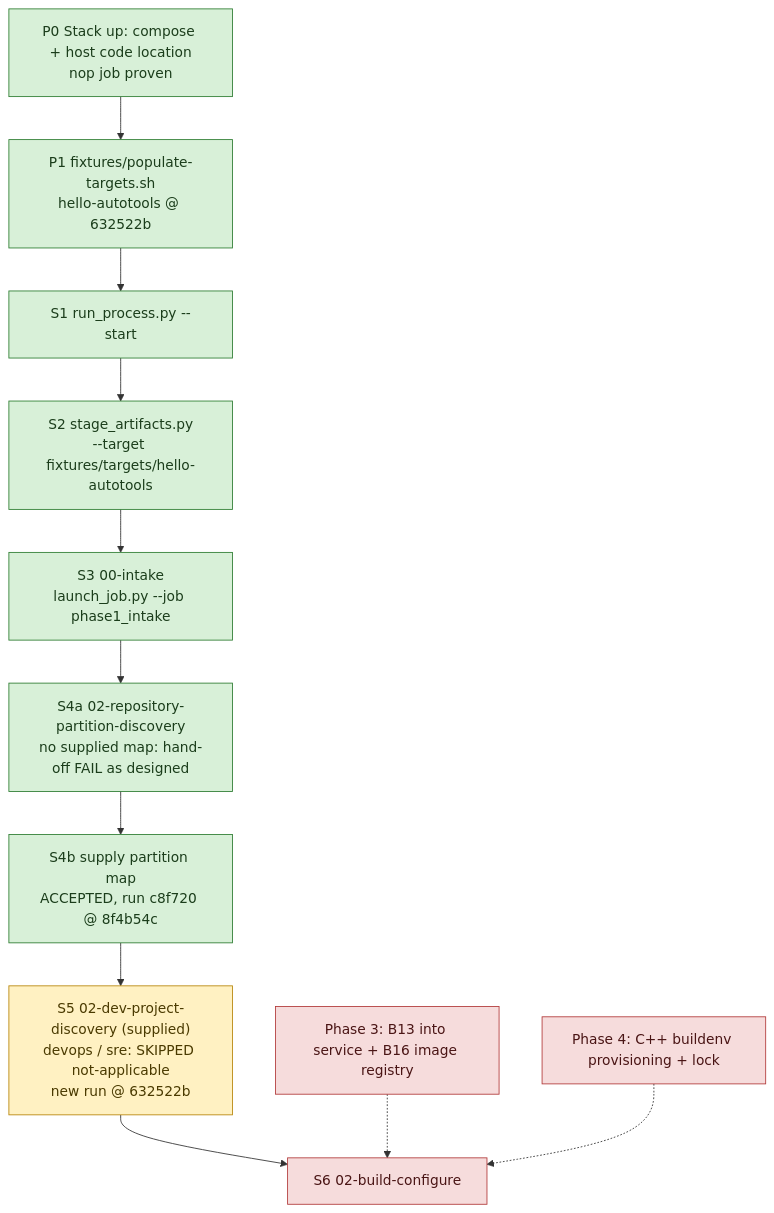
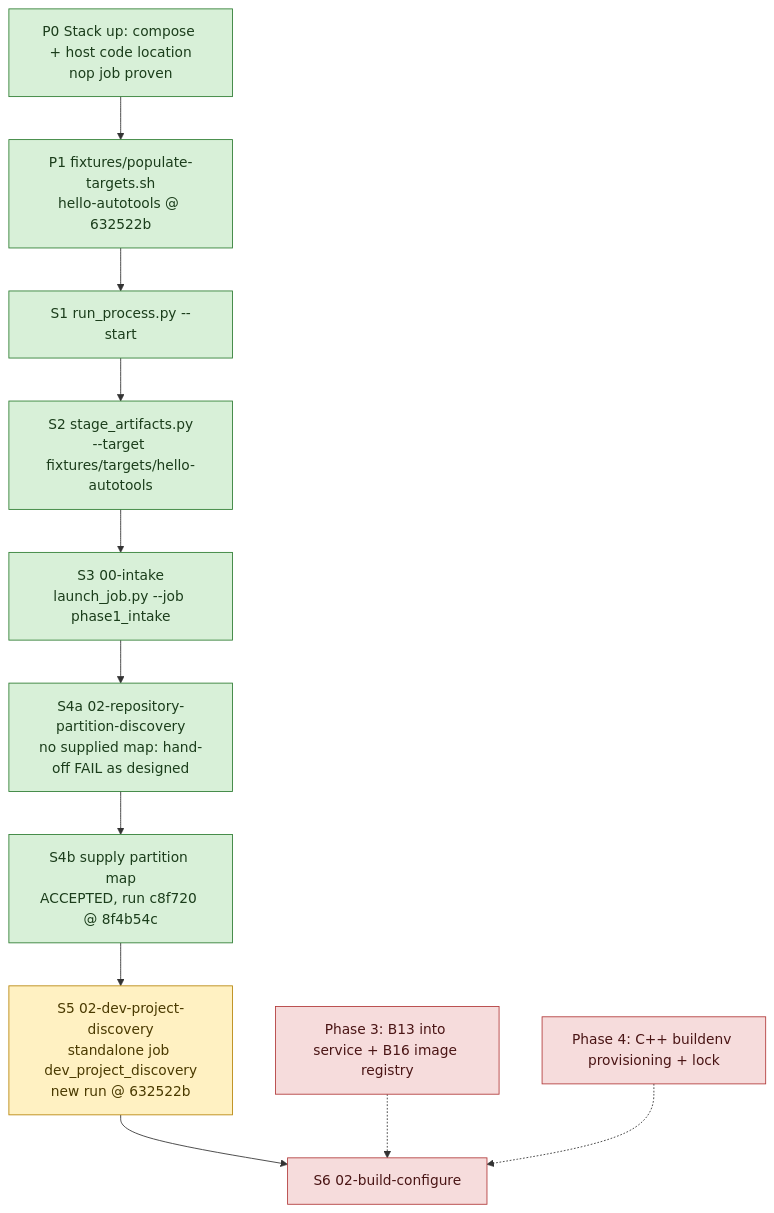
Before and after one commit to wsollers/appsec-review: the diagram in docs/processes/flow-bringup.md, drawn with Mermaid. The commit also changed other lines of this file and 8 other files, not shown here.

````diff
--- a/docs/processes/flow-bringup.md
+++ b/docs/processes/flow-bringup.md
@@ -12,23 +12,23 @@
 ```mermaid
 flowchart TD
   P0["P0 Stack up: compose + host code location<br/>nop job proven"]:::done
   P1["P1 fixtures/populate-targets.sh<br/>hello-autotools @ 632522b"]:::done
   S1["S1 run_process.py --start"]:::done
   S2["S2 stage_artifacts.py<br/>--target fixtures/targets/hello-autotools"]:::done
   S3["S3 00-intake<br/>launch_job.py --job phase1_intake"]:::done
   S4a["S4a 02-repository-partition-discovery<br/>no supplied map: hand-off FAIL as designed"]:::done
   S4b["S4b supply partition map<br/>ACCEPTED, run c8f720 @ 8f4b54c"]:::done
-  S5["S5 02-dev-project-discovery (supplied)<br/>devops / sre: SKIPPED not-applicable<br/>new run @ 632522b"]:::next
+  S5["S5 02-dev-project-discovery<br/>standalone job dev_project_discovery<br/>new run @ 632522b"]:::next
   S6["S6 02-build-configure"]:::blocked
   B13["Phase 3: B13 into service + B16 image registry"]:::blocked
   BE["Phase 4: C++ buildenv provisioning + lock"]:::blocked
 
   P0 --> P1 --> S1 --> S2 --> S3 --> S4a --> S4b --> S5 --> S6
   B13 -.-> S6
   BE -.-> S6
 
   classDef done fill:#d8f0d8,stroke:#2e7d32,color:#1b3d1b
   classDef next fill:#fff1c2,stroke:#b8860b,color:#4a3a00
   classDef todo fill:#eef1f5,stroke:#6b7a90,color:#2a3240
   classDef blocked fill:#f6dcdc,stroke:#b23b3b,color:#4a1515
 ```
````
